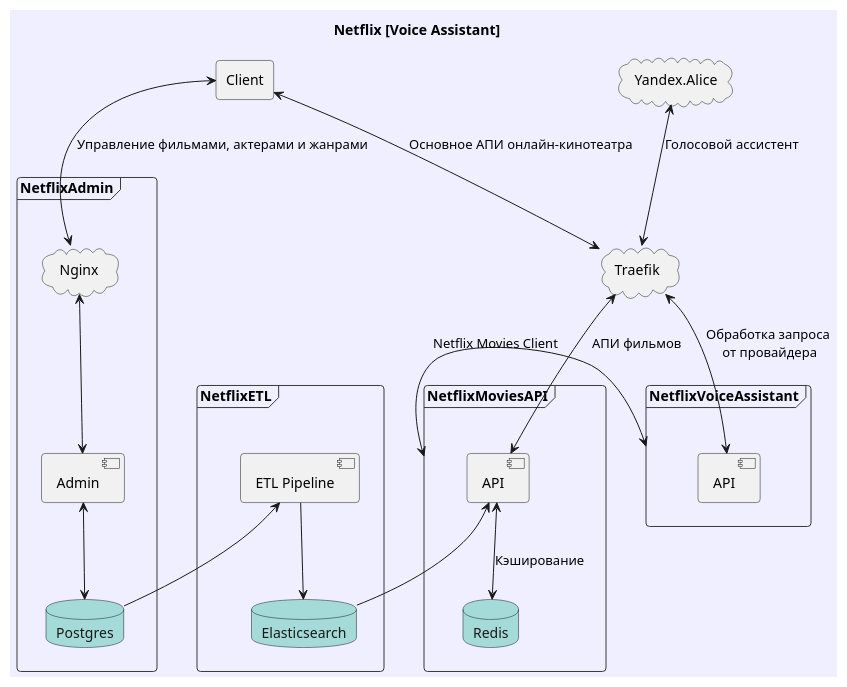
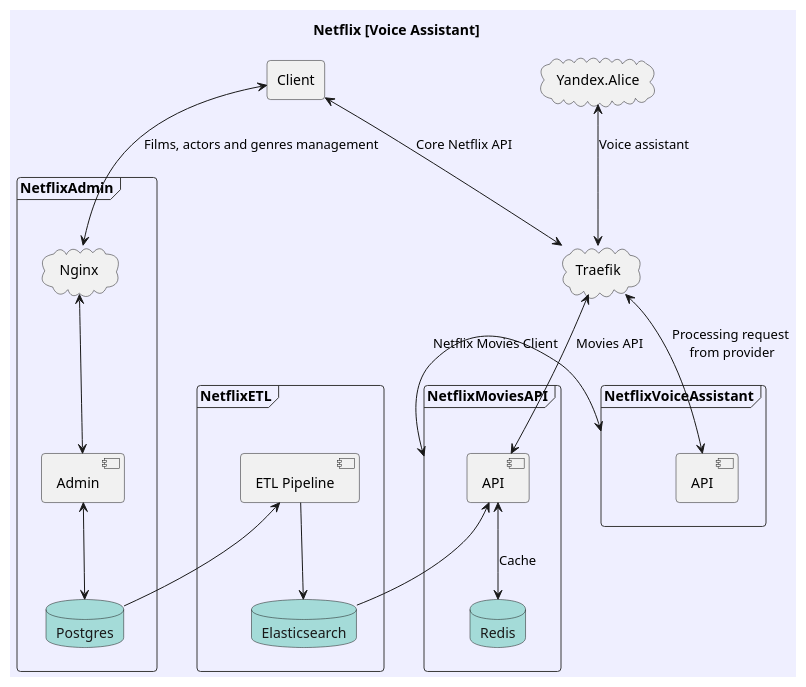
One commit to ReznikovRoman/netflix-voice-assistant changed the diagram in docs/diagrams/index.puml. Above: the diagram before and after it, drawn with PlantUML. The commit also changed 7 other files, not shown here.

```diff
--- a/docs/diagrams/index.puml
+++ b/docs/diagrams/index.puml
@@ -1,56 +1,56 @@
 @startuml
 !theme mars
 skinparam componentStyle uml2
 skinparam defaultFontName Segoe UI
 skinparam backgroundColor motivation
 
 title Netflix [Voice Assistant]
 
 agent "Client" as base_client
 cloud "Traefik" as base_traefik
 
 cloud "Yandex.Alice" as yandex_provider_voice_assistant
 
 frame NetflixAdmin {
     cloud "Nginx" as nginx_admin
     component "Admin" as admin_admin
     database "Postgres" as postgres_admin
 
     nginx_admin <-down-> admin_admin
     admin_admin <-down-> postgres_admin
 }
 
 frame NetflixETL {
     database "Elasticsearch" as elasticsearch_etl
     component "ETL Pipeline" as etl_pipeline
 
     etl_pipeline <-down- postgres_admin
     etl_pipeline -down-> elasticsearch_etl
 }
 
 frame NetflixMoviesAPI {
     component "API" as api_movies
     database "Redis" as redis_movies
 
-    api_movies <-up-> base_traefik: "АПИ фильмов"
+    api_movies <-up-> base_traefik: "Movies API"
     api_movies <-down- elasticsearch_etl
-    api_movies <-down-> redis_movies: "Кэширование"
+    api_movies <-down-> redis_movies: "Cache"
 }
 
 frame NetflixVoiceAssistant {
     component "API" as api_voice_assistant
 
-    api_voice_assistant <-up-> base_traefik: "Обработка запроса\n от провайдера"
+    api_voice_assistant <-up-> base_traefik: "Processing request\n from provider"
 }
 
-yandex_provider_voice_assistant <-down-> base_traefik: "Голосовой ассистент"
+yandex_provider_voice_assistant <-down-> base_traefik: "Voice assistant"
 
-base_client <-down-> nginx_admin: "Управление фильмами, актерами и жанрами"
-base_client <-down-> base_traefik: "Основное АПИ онлайн-кинотеатра"
+base_client <-down-> nginx_admin: "Films, actors and genres management"
+base_client <-down-> base_traefik: "Core Netflix API"
 
 NetflixMoviesAPI <-left-> NetflixVoiceAssistant: "Netflix Movies Client"
 
 NetflixAdmin -[hidden]-> NetflixETL
 NetflixETL -[hidden]-> NetflixMoviesAPI
 NetflixMoviesAPI -[hidden]-> NetflixVoiceAssistant
 @enduml
```
